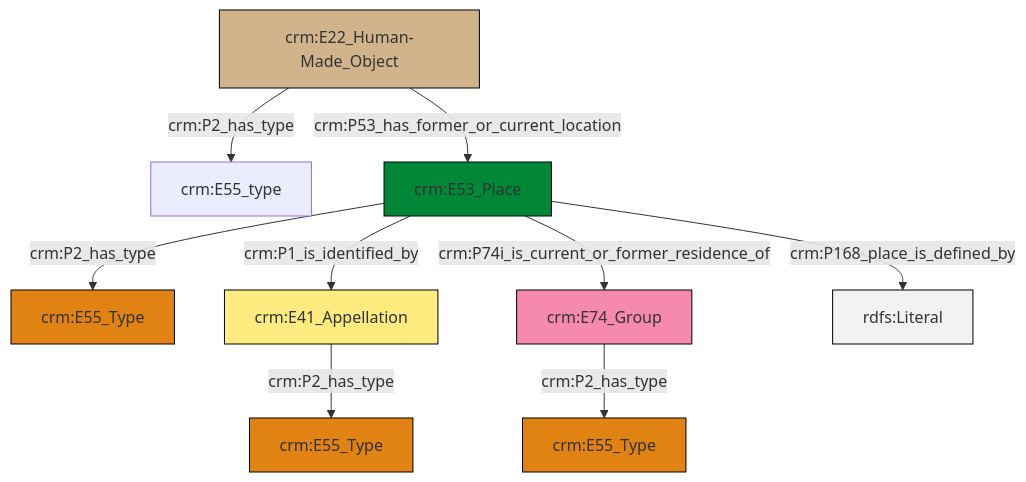
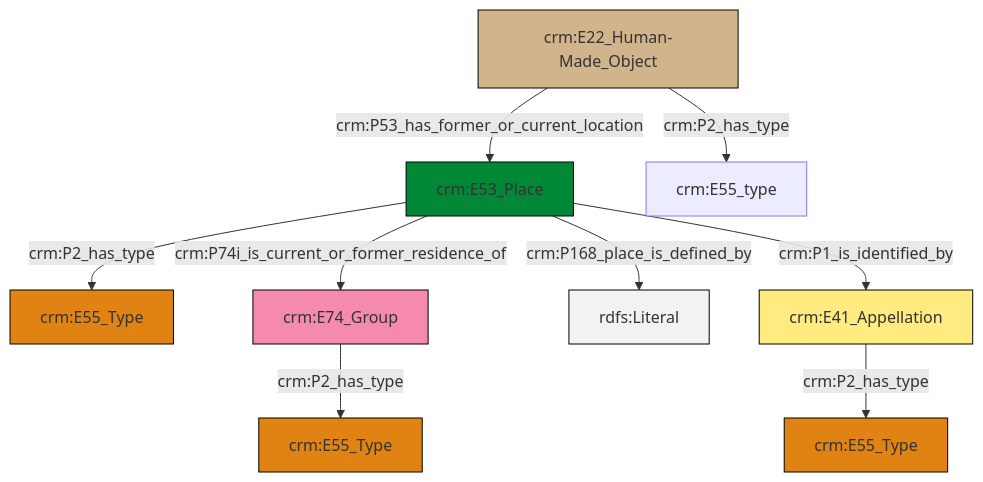
The diagram in et/artworkCSV/ttl/mmd/Artwork_Location.ttl.mmd (swiss-art-research-net/docs.swissartresearch), drawn with Mermaid before and after one commit. The commit also changed 172 other files, not shown here.

```diff
--- a/et/artworkCSV/ttl/mmd/Artwork_Location.ttl.mmd
+++ b/et/artworkCSV/ttl/mmd/Artwork_Location.ttl.mmd
@@ -1,23 +1,23 @@
 graph TD
 classDef Literal fill:#f2f2f2,stroke:#000000;
 classDef CRM_Entity fill:#FFFFFF,stroke:#000000;
 classDef Temporal_Entity fill:#00C9E6, stroke:#000000;
 classDef Type fill:#E18312, stroke:#000000;
 classDef Time-Span fill:#2C9C91, stroke:#000000;
 classDef Appellation fill:#FFEB7F, stroke:#000000;
 classDef Place fill:#008836, stroke:#000000;
 classDef Persistent_Item fill:#B266B2, stroke:#000000;
 classDef Conceptual_Object fill:#FFD700, stroke:#000000;
 classDef Physical_Thing fill:#D2B48C, stroke:#000000;
 classDef Actor fill:#f58aad, stroke:#000000;
 classDef PC_Classes fill:#4ce600, stroke:#000000;
 classDef Multi fill:#cccccc,stroke:#000000;
 
-6["crm:E22_Human-Made_Object"]:::Physical_Thing -->|crm:P2_has_type| 0["crm:E55_type"]:::Default
-7["crm:E53_Place"]:::Place -->|crm:P1_is_identified_by| 8["crm:E41_Appellation"]:::Appellation
-7["crm:E53_Place"]:::Place -->|crm:P2_has_type| 2["crm:E55_Type"]:::Type
-13["crm:E74_Group"]:::Actor -->|crm:P2_has_type| 10["crm:E55_Type"]:::Type
-8["crm:E41_Appellation"]:::Appellation -->|crm:P2_has_type| 4["crm:E55_Type"]:::Type
-7["crm:E53_Place"]:::Place -->|crm:P168_place_is_defined_by| 17[rdfs:Literal]:::Literal
-7["crm:E53_Place"]:::Place -->|crm:P74i_is_current_or_former_residence_of| 13["crm:E74_Group"]:::Actor
-6["crm:E22_Human-Made_Object"]:::Physical_Thing -->|crm:P53_has_former_or_current_location| 7["crm:E53_Place"]:::Place
+2["crm:E53_Place"]:::Place -->|crm:P74i_is_current_or_former_residence_of| 7["crm:E74_Group"]:::Actor
+2["crm:E53_Place"]:::Place -->|crm:P168_place_is_defined_by| 9[rdfs:Literal]:::Literal
+10["crm:E22_Human-Made_Object"]:::Physical_Thing -->|crm:P2_has_type| 4["crm:E55_type"]:::Default
+11["crm:E41_Appellation"]:::Appellation -->|crm:P2_has_type| 12["crm:E55_Type"]:::Type
+2["crm:E53_Place"]:::Place -->|crm:P2_has_type| 0["crm:E55_Type"]:::Type
+2["crm:E53_Place"]:::Place -->|crm:P1_is_identified_by| 11["crm:E41_Appellation"]:::Appellation
+7["crm:E74_Group"]:::Actor -->|crm:P2_has_type| 13["crm:E55_Type"]:::Type
+10["crm:E22_Human-Made_Object"]:::Physical_Thing -->|crm:P53_has_former_or_current_location| 2["crm:E53_Place"]:::Place
```
